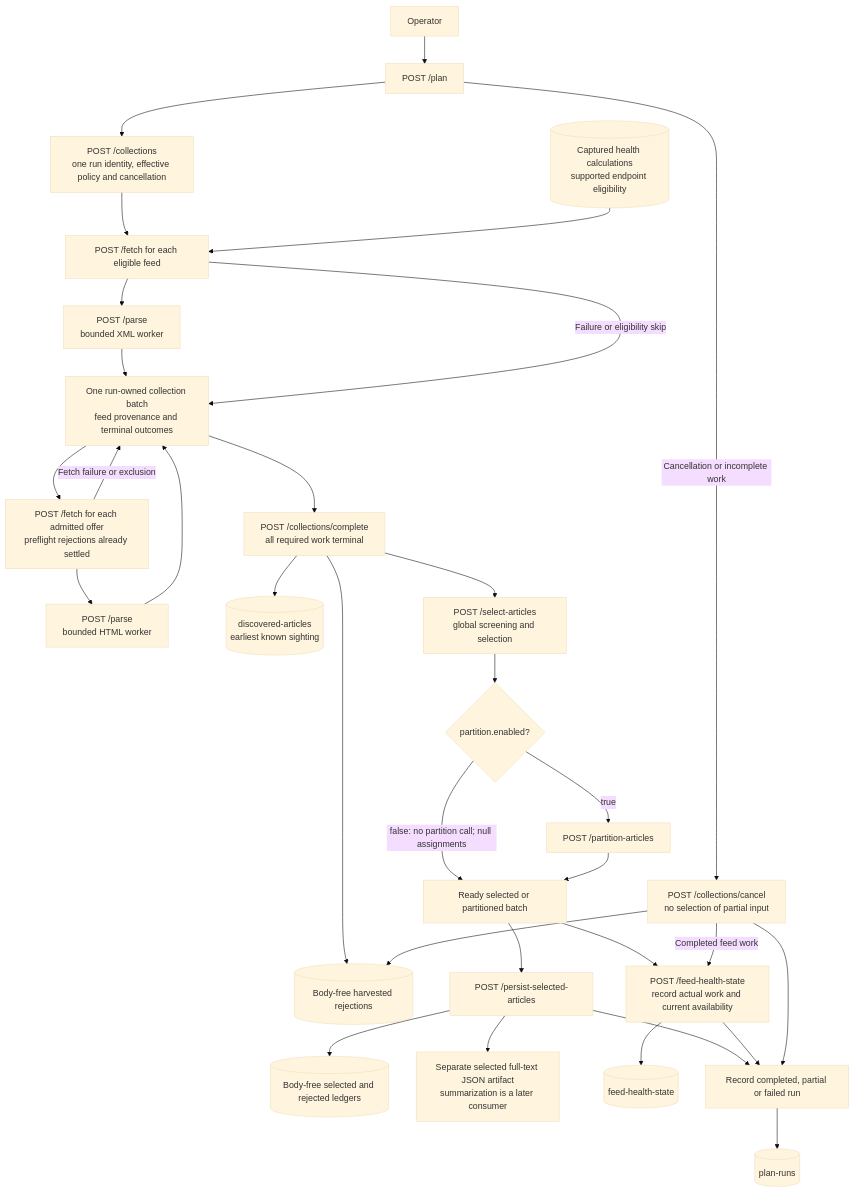
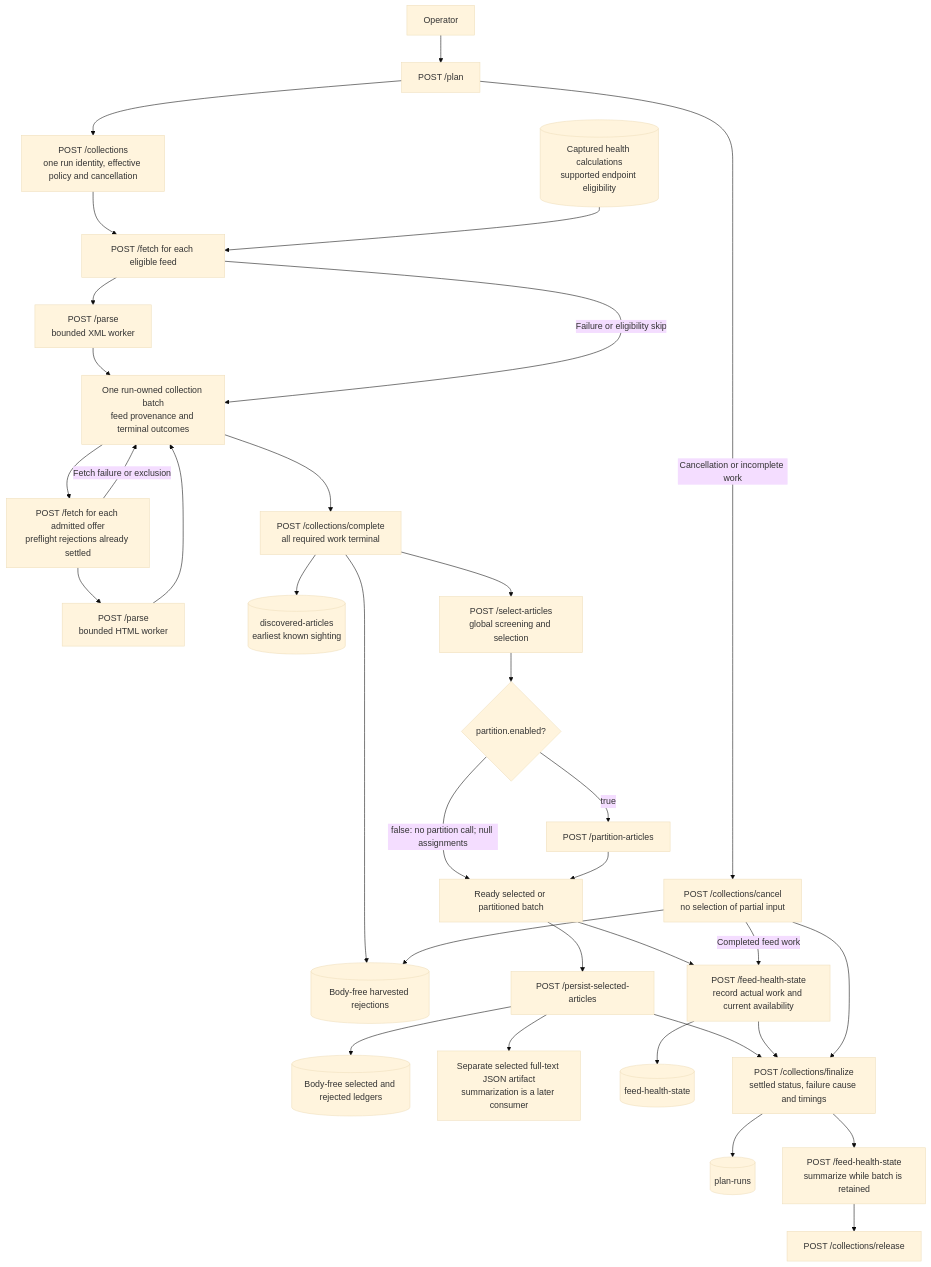
The diagram in docs/architecture/sources/feed-operator-api.md (miztiik/yen-idhazh), drawn with Mermaid (base theme) before and after one commit. The commit also changed other lines of this file and 18 other files, not shown here.

````diff
--- a/docs/architecture/sources/feed-operator-api.md
+++ b/docs/architecture/sources/feed-operator-api.md
@@ -237,34 +243,36 @@
 ```mermaid
 flowchart TD
   OP["Operator"] --> PLAN["POST /plan"]
   PLAN --> BEGIN["POST /collections<br/>one run identity, effective policy and cancellation"]
   BEGIN --> FETCH_FEED["POST /fetch for each eligible feed"]
   CURRENT[("Captured health calculations<br/>supported endpoint eligibility")] --> FETCH_FEED
   FETCH_FEED --> PARSE_FEED["POST /parse<br/>bounded XML worker"]
   PARSE_FEED --> BATCH["One run-owned collection batch<br/>feed provenance and terminal outcomes"]
   BATCH --> FETCH_ARTICLE["POST /fetch for each admitted offer<br/>preflight rejections already settled"]
   FETCH_ARTICLE --> PARSE_ARTICLE["POST /parse<br/>bounded HTML worker"]
   PARSE_ARTICLE --> BATCH
   FETCH_FEED -->|"Failure or eligibility skip"| BATCH
   FETCH_ARTICLE -->|"Fetch failure or exclusion"| BATCH
   BATCH --> COMPLETE["POST /collections/complete<br/>all required work terminal"]
   COMPLETE --> DISCOVERY[("discovered-articles<br/>earliest known sighting")]
   COMPLETE --> REJECTIONS[("Body-free harvested rejections")]
   COMPLETE --> SELECT["POST /select-articles<br/>global screening and selection"]
   SELECT --> ENABLED{"partition.enabled?"}
   ENABLED -->|"true"| PARTITION["POST /partition-articles"]
   ENABLED -->|"false: no partition call; null assignments"| READY["Ready selected or partitioned batch"]
   PARTITION --> READY
   READY --> PERSIST["POST /persist-selected-articles"]
   PERSIST --> METADATA[("Body-free selected and rejected ledgers")]
   PERSIST --> TEXT["Separate selected full-text JSON artifact<br/>summarization is a later consumer"]
   READY --> HEALTH["POST /feed-health-state<br/>record actual work and current availability"]
   HEALTH --> HEALTH_LEDGER[("feed-health-state")]
-  PERSIST --> FINAL["Record completed, partial or failed run"]
+  PERSIST --> FINAL["POST /collections/finalize<br/>settled status, failure cause and timings"]
   HEALTH --> FINAL
   FINAL --> RUNS[("plan-runs")]
   PLAN -->|"Cancellation or incomplete work"| CANCEL["POST /collections/cancel<br/>no selection of partial input"]
   CANCEL --> REJECTIONS
   CANCEL -->|"Completed feed work"| HEALTH
   CANCEL --> FINAL
+  FINAL --> SUMMARY["POST /feed-health-state<br/>summarize while batch is retained"]
+  SUMMARY --> RELEASE["POST /collections/release"]
 ```
````
